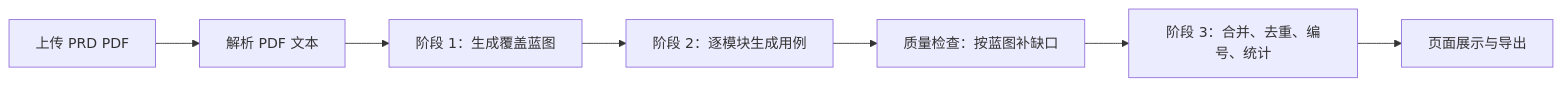
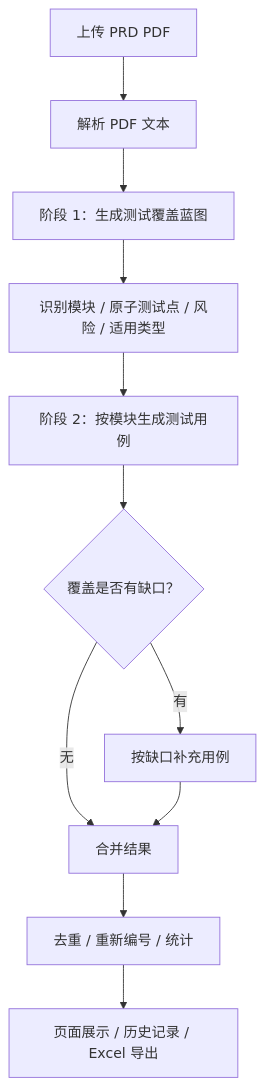
The diagram in README.md (swseven-hub/TestMind), drawn with Mermaid before and after one commit. The commit also changed other lines of this file and 2 other files, not shown here.

````diff
--- a/README.md
+++ b/README.md
@@ -42,9 +46,13 @@
 ```mermaid
-flowchart LR
+flowchart TD
   A["上传 PRD PDF"] --> B["解析 PDF 文本"]
-  B --> C["阶段 1：生成覆盖蓝图"]
-  C --> D["阶段 2：逐模块生成用例"]
-  D --> E["质量检查：按蓝图补缺口"]
-  E --> F["阶段 3：合并、去重、编号、统计"]
-  F --> G["页面展示与导出"]
+  B --> C["阶段 1：生成测试覆盖蓝图"]
+  C --> D["识别模块 / 原子测试点 / 风险 / 适用类型"]
+  D --> E["阶段 2：按模块生成测试用例"]
+  E --> F{"覆盖是否有缺口？"}
+  F -- 有 --> G["按缺口补充用例"]
+  F -- 无 --> H["合并结果"]
+  G --> H
+  H --> I["去重 / 重新编号 / 统计"]
+  I --> J["页面展示 / 历史记录 / Excel 导出"]
 ```
````
